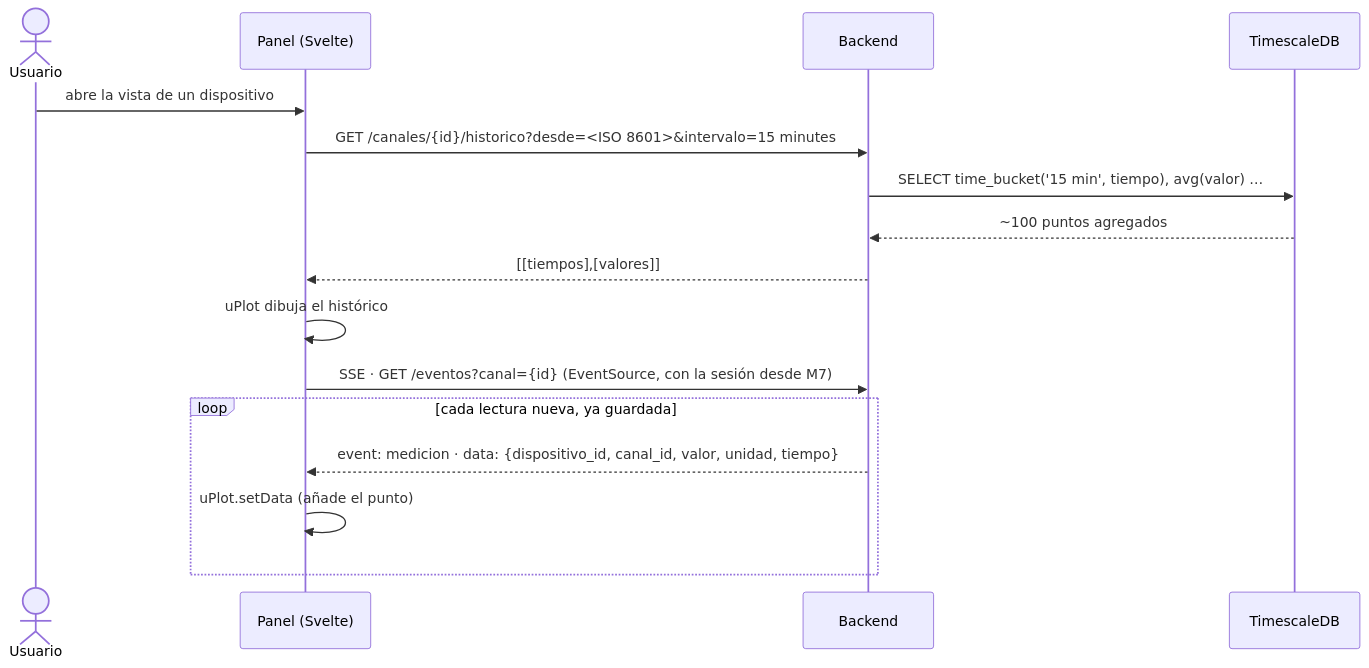
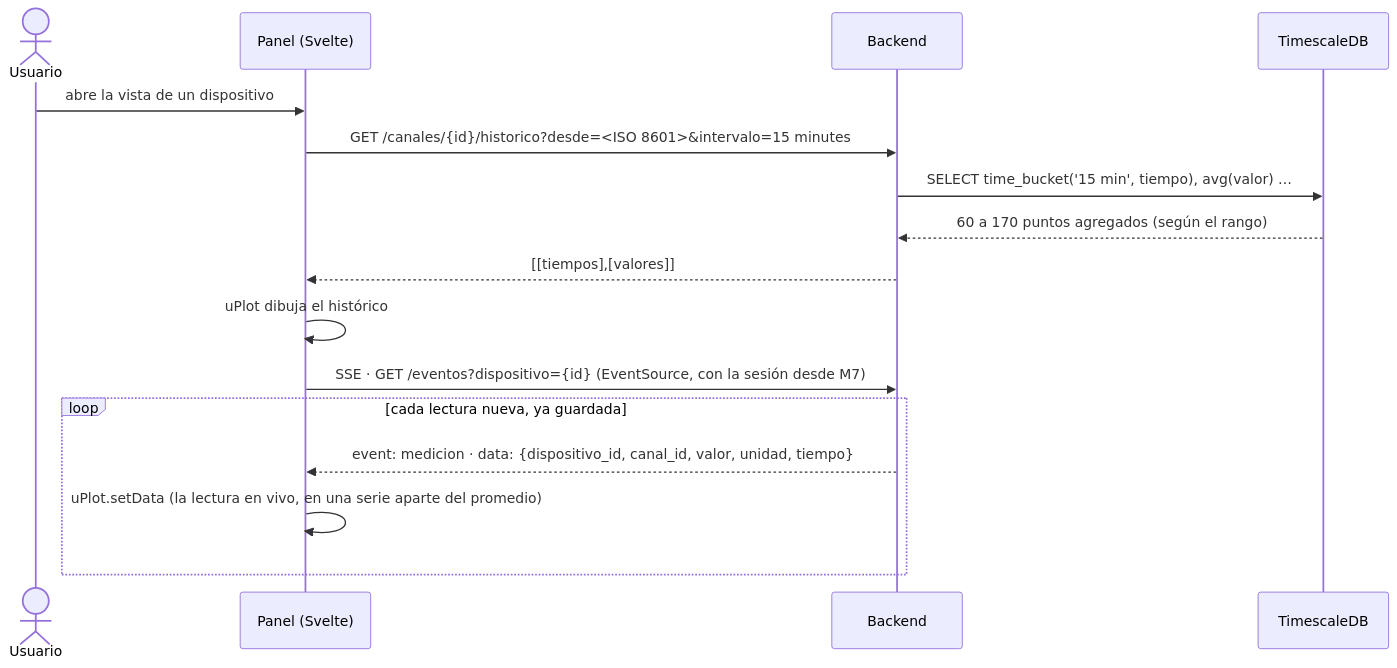
One commit to vicenterami/tesis changed the fifth of 6 diagrams in docs/10-arquitectura.md. Above: the diagram before and after it, drawn with Mermaid. The commit also changed other lines of this file and 26 other files, not shown here.

First line of the commit message:
Corrige lo encontrado al revisar la ficha, diseña el alta por API y deja listo el laboratorio del plugin de credenciales

````diff
--- a/docs/10-arquitectura.md
+++ b/docs/10-arquitectura.md
@@ -401,19 +401,19 @@
 ```mermaid
 sequenceDiagram
     actor U as Usuario
     participant FE as Panel (Svelte)
     participant API as Backend
     participant DB as TimescaleDB
 
     U->>FE: abre la vista de un dispositivo
     FE->>API: GET /canales/{id}/historico?desde=<ISO 8601>&intervalo=15 minutes
     API->>DB: SELECT time_bucket('15 min', tiempo), avg(valor) …
-    DB-->>API: ~100 puntos agregados
+    DB-->>API: 60 a 170 puntos agregados (según el rango)
     API-->>FE: [[tiempos],[valores]]
     FE->>FE: uPlot dibuja el histórico
-    FE->>API: SSE · GET /eventos?canal={id} (EventSource, con la sesión desde M7)
+    FE->>API: SSE · GET /eventos?dispositivo={id} (EventSource, con la sesión desde M7)
     loop cada lectura nueva, ya guardada
         API-->>FE: event: medicion · data: {dispositivo_id, canal_id, valor, unidad, tiempo}
-        FE->>FE: uPlot.setData (añade el punto)
+        FE->>FE: uPlot.setData (la lectura en vivo, en una serie aparte del promedio)
     end
 ```
````
